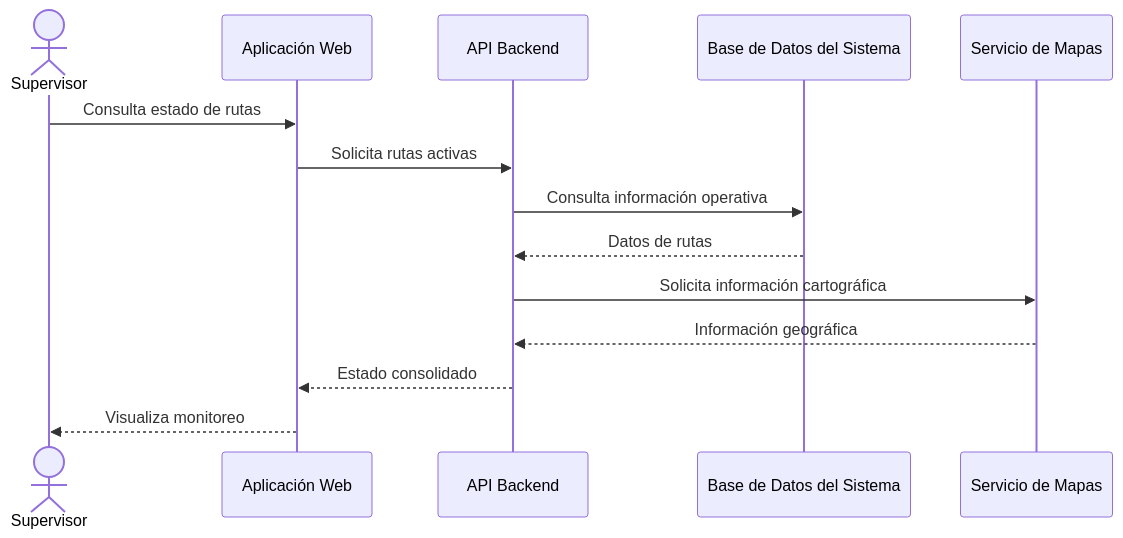
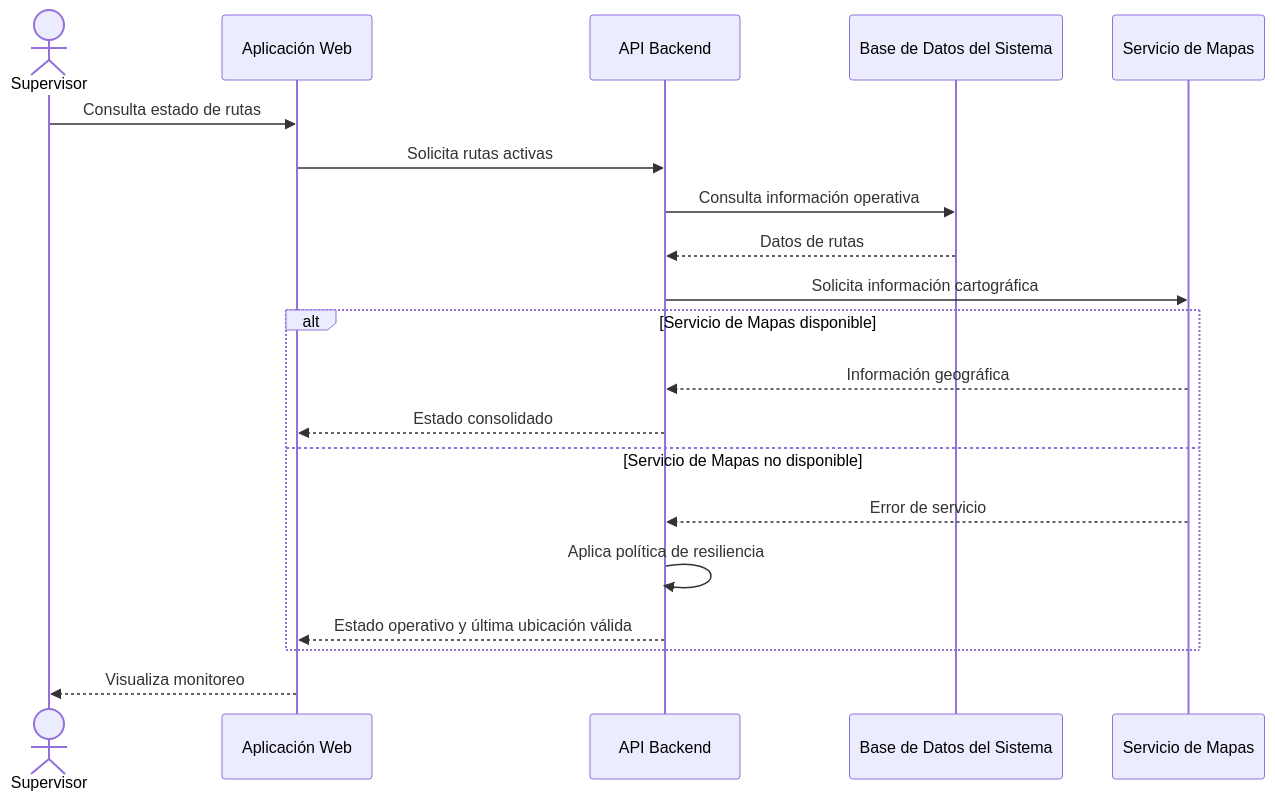
One commit to gmorerat-gif/pswe04-Gesti-n-Operativa-y-Anal-tica-para-la-Recolecci-n-de-Residuos-Urbanos-II-Cuatrimestre changed the diagram in diagramas/secuencia-monitoreo.mmd. Above: the diagram before and after it, drawn with Mermaid. The commit also changed 6 other files, not shown here.

```diff
--- a/diagramas/secuencia-monitoreo.mmd
+++ b/diagramas/secuencia-monitoreo.mmd
@@ -1,24 +1,29 @@
 sequenceDiagram
 
 actor Supervisor
 
 participant Web as Aplicación Web
 participant API as API Backend
 participant BD as Base de Datos del Sistema
 participant Mapas as Servicio de Mapas
 
 Supervisor->>Web: Consulta estado de rutas
 
 Web->>API: Solicita rutas activas
 
 API->>BD: Consulta información operativa
 
 BD-->>API: Datos de rutas
 
 API->>Mapas: Solicita información cartográfica
 
-Mapas-->>API: Información geográfica
-
-API-->>Web: Estado consolidado
+alt Servicio de Mapas disponible
+    Mapas-->>API: Información geográfica
+    API-->>Web: Estado consolidado
+else Servicio de Mapas no disponible
+    Mapas-->>API: Error de servicio
+    API->>API: Aplica política de resiliencia
+    API-->>Web: Estado operativo y última ubicación válida
+end
 
 Web-->>Supervisor: Visualiza monitoreo
```
